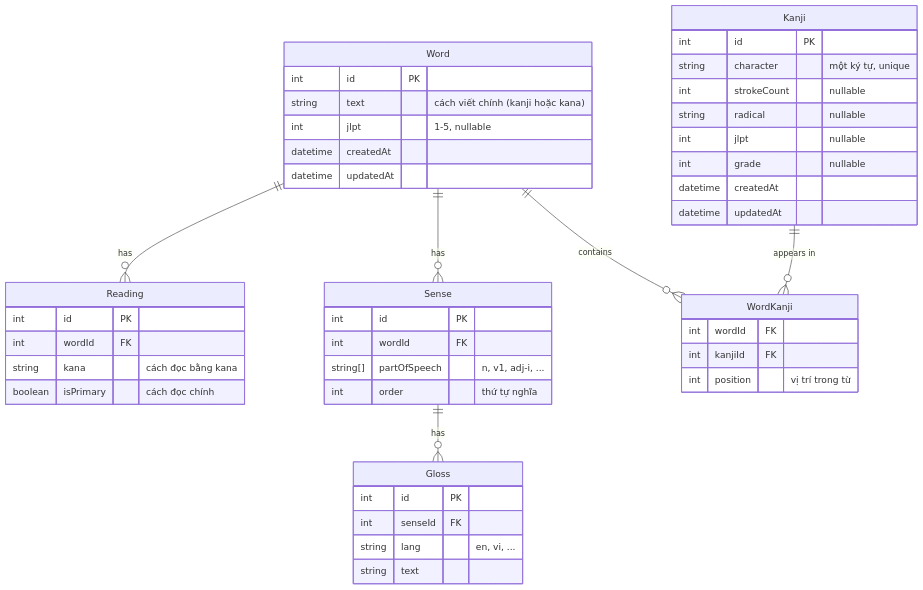
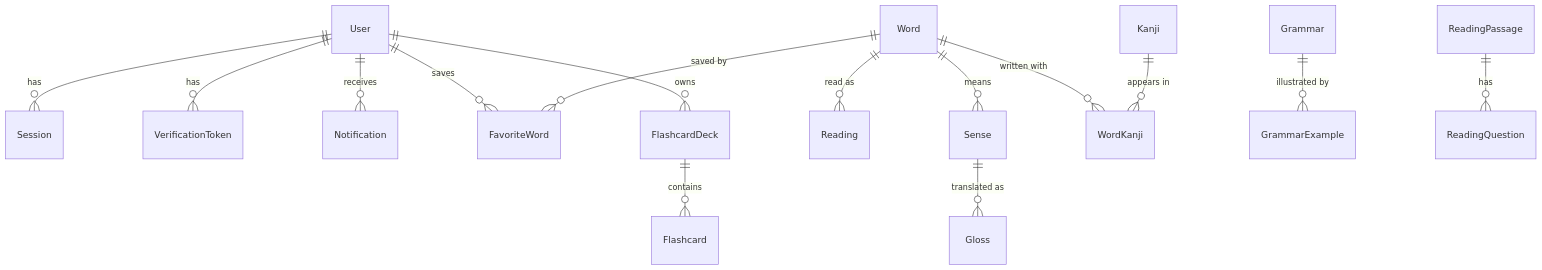
Before and after one commit to LiLQD/japanese-learning-site: the diagram in docs/data-model.md, drawn with Mermaid. The commit also changed other lines of this file and 2 other files, not shown here.

Commit message:
feat: add learning schema for sprints 1 and 2 (#36)

````diff
--- a/docs/data-model.md
+++ b/docs/data-model.md
@@ -23,54 +18,20 @@
 ```mermaid
 erDiagram
-    Word ||--o{ Reading : "has"
-    Word ||--o{ Sense : "has"
-    Sense ||--o{ Gloss : "has"
-    Word ||--o{ WordKanji : "contains"
+    User ||--o{ Session : "has"
+    User ||--o{ VerificationToken : "has"
+    User ||--o{ Notification : "receives"
+    User ||--o{ FavoriteWord : "saves"
+    User ||--o{ FlashcardDeck : "owns"
+
+    Word ||--o{ Reading : "read as"
+    Word ||--o{ Sense : "means"
+    Word ||--o{ WordKanji : "written with"
+    Word ||--o{ FavoriteWord : "saved by"
+
+    Sense ||--o{ Gloss : "translated as"
     Kanji ||--o{ WordKanji : "appears in"
 
-    Word {
-        int id PK
-        string text "cách viết chính (kanji hoặc kana)"
-        int jlpt "1-5, nullable"
-        datetime createdAt
-        datetime updatedAt
-    }
-
-    Reading {
-        int id PK
-        int wordId FK
-        string kana "cách đọc bằng kana"
-        boolean isPrimary "cách đọc chính"
-    }
-
-    Sense {
-        int id PK
-        int wordId FK
-        string[] partOfSpeech "n, v1, adj-i, ..."
-        int order "thứ tự nghĩa"
-    }
-
-    Gloss {
-        int id PK
-        int senseId FK
-        string lang "en, vi, ..."
-        string text
-    }
-
-    Kanji {
-        int id PK
-        string character "một ký tự, unique"
-        int strokeCount "nullable"
-        string radical "nullable"
-        int jlpt "nullable"
-        int grade "nullable"
-        datetime createdAt
-        datetime updatedAt
-    }
-
-    WordKanji {
-        int wordId FK
-        int kanjiId FK
-        int position "vị trí trong từ"
-    }
+    Grammar ||--o{ GrammarExample : "illustrated by"
+    ReadingPassage ||--o{ ReadingQuestion : "has"
+    FlashcardDeck ||--o{ Flashcard : "contains"
 ```
````
